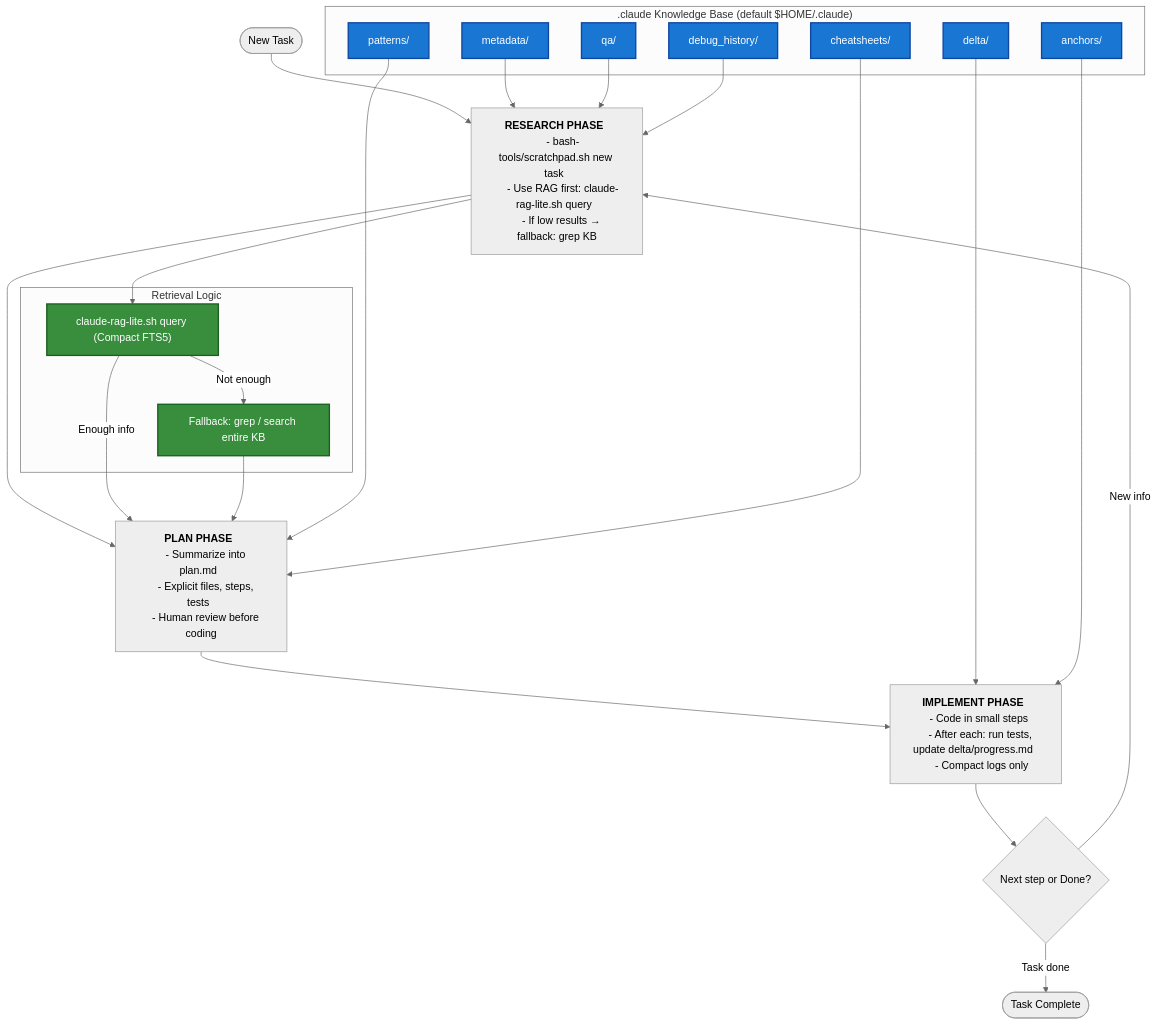
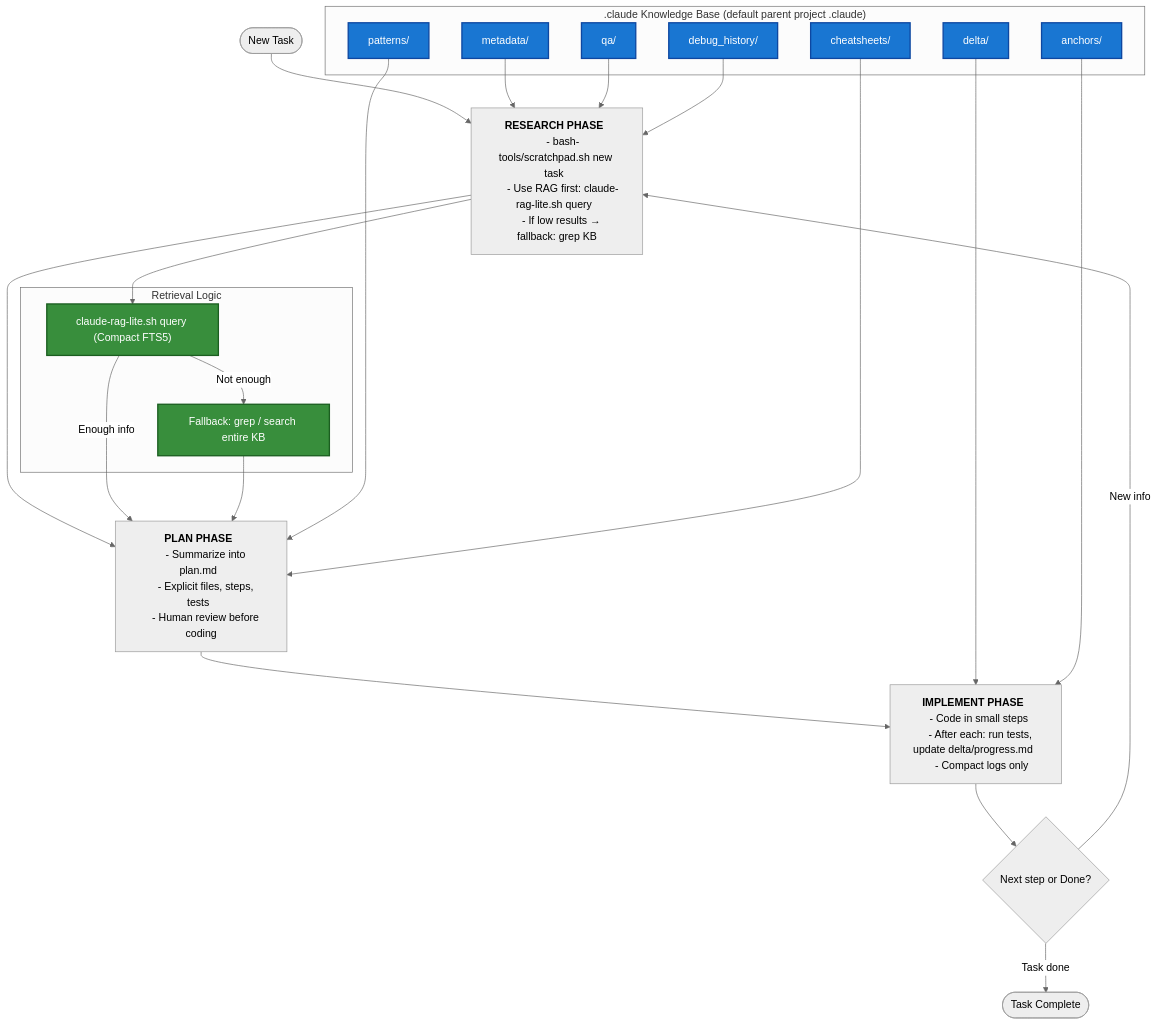
One commit to alchemiststudiosDOTai/llm-agent-tools changed the second of 2 diagrams in README.md. Above: the diagram before and after it, drawn with Mermaid (neutral theme). The commit also changed other lines of this file and 4 other files, not shown here.

First line of the commit message:
fix: use parent project .claude directory for proper project isolation

````diff
--- a/README.md
+++ b/README.md
@@ -432,63 +467,63 @@
 ```mermaid
 flowchart TD
     A([New Task]) --> Research
 
     %% Research Phase
     Research["`**RESEARCH PHASE**  
     - bash-tools/scratchpad.sh new task  
     - Use RAG first: claude-rag-lite.sh query  
     - If low results → fallback: grep KB`"]
     --> Plan
 
     %% Plan Phase
     Plan["`**PLAN PHASE**  
     - Summarize into plan.md  
     - Explicit files, steps, tests  
     - Human review before coding`"]
     --> Implement
 
     %% Implement Phase
     Implement["`**IMPLEMENT PHASE**  
     - Code in small steps  
     - After each: run tests, update delta/progress.md  
     - Compact logs only`"]
     --> Checkpoint{"Next step or Done?"}
 
     Checkpoint -->|New info| Research
     Checkpoint -->|Task done| End([Task Complete])
 
     %% RAG & KB Logic
     subgraph Retrieval["Retrieval Logic"]
         RAG["claude-rag-lite.sh query (Compact FTS5)"]:::r
         GREP["Fallback: grep / search entire KB"]:::r
     end
 
     Research --> RAG
     RAG -->|Enough info| Plan
     RAG -->|Not enough| GREP
     GREP --> Plan
 
     %% Knowledge Base
-    subgraph CLAUDE[".claude Knowledge Base (default $HOME/.claude)"]
+    subgraph CLAUDE[".claude Knowledge Base (default parent project .claude)"]
         metadata[metadata/]:::k
         delta[delta/]:::k
         qa[qa/]:::k
         patterns[patterns/]:::k
         debug[debug_history/]:::k
         cheatsheets[cheatsheets/]:::k
         anchors[anchors/]:::k
     end
 
     metadata --> Research
     delta --> Implement
     patterns --> Plan
     qa --> Research
     debug --> Research
     cheatsheets --> Plan
     anchors --> Implement
 
     %% Classes
     classDef k fill:#1976d2,stroke:#0d47a1,stroke-width:2px,color:#fff
     classDef r fill:#388e3c,stroke:#1b5e20,stroke-width:2px,color:#fff
     classDef phase fill:#f57c00,stroke:#e65100,stroke-width:2px,color:#fff
 ```
````
